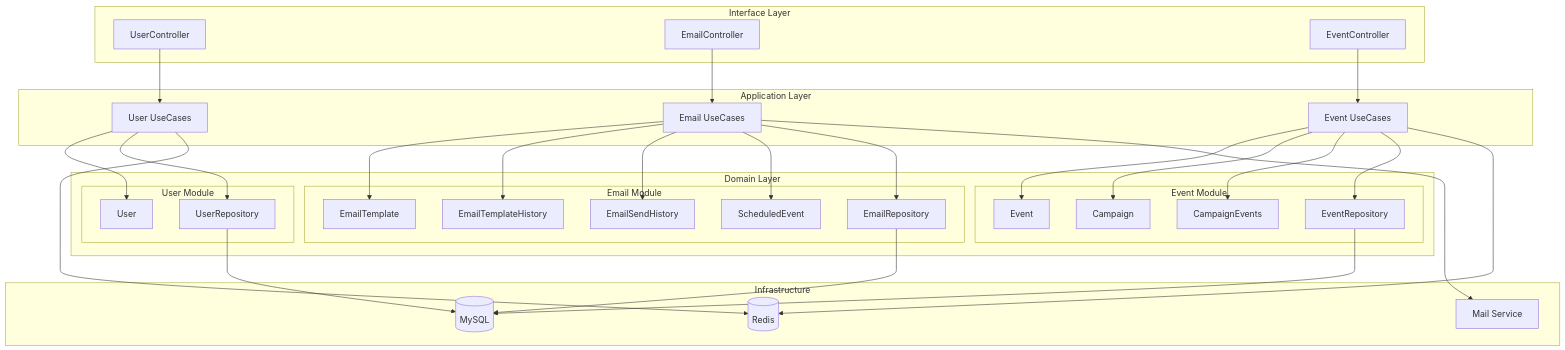
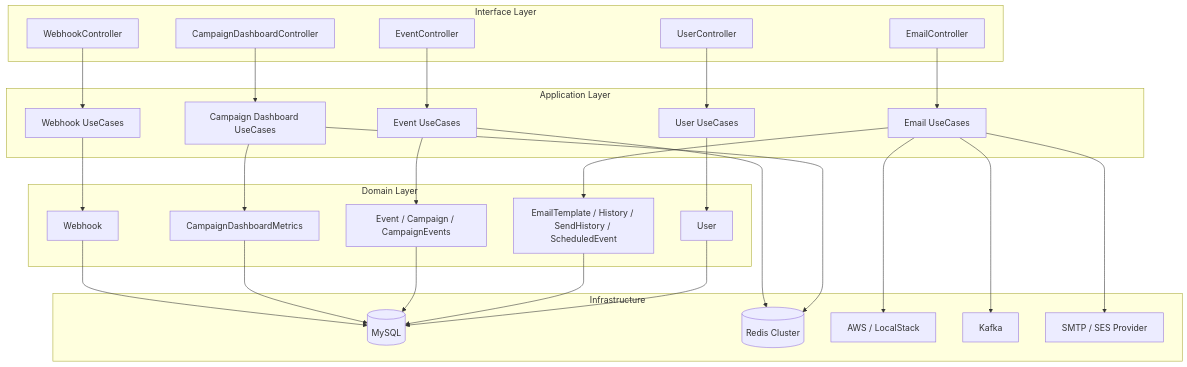
The first of 5 diagrams in docs/Domain-and-UseCase-Flows.md (belljun3395/crm-project), drawn with Mermaid before and after one commit. The commit also changed other lines of this file and 3 other files, not shown here.

````diff
--- a/docs/Domain-and-UseCase-Flows.md
+++ b/docs/Domain-and-UseCase-Flows.md
@@ -11,68 +30,58 @@
 ```mermaid
 graph TB
     subgraph "Interface Layer"
-        UC[UserController]
-        EC[EmailController]
-        EVC[EventController]
+        UC["UserController"]
+        EC["EmailController"]
+        EVC["EventController"]
+        CDC["CampaignDashboardController"]
+        WHC["WebhookController"]
     end
-    
+
     subgraph "Application Layer"
-        UUC[User UseCases]
-        EUC[Email UseCases]
-        EVUC[Event UseCases]
+        UUC["User UseCases"]
+        EUC["Email UseCases"]
+        EVUC["Event UseCases"]
+        CDUC["Campaign Dashboard UseCases"]
+        WHUC["Webhook UseCases"]
     end
-    
+
     subgraph "Domain Layer"
-        subgraph "User Module"
-            U[User]
-            UR[UserRepository]
-        end
-        
-        subgraph "Email Module"
-            ET[EmailTemplate]
-            ETH[EmailTemplateHistory]
-            ESH[EmailSendHistory]
-            SE[ScheduledEvent]
-            ER[EmailRepository]
-        end
-        
-        subgraph "Event Module"
-            E[Event]
-            C[Campaign]
-            CE[CampaignEvents]
-            EVR[EventRepository]
-        end
+        U["User"]
+        ET["EmailTemplate / History / SendHistory / ScheduledEvent"]
+        EV["Event / Campaign / CampaignEvents"]
+        CDM["CampaignDashboardMetrics"]
+        WH["Webhook"]
     end
-    
+
     subgraph "Infrastructure"
-        DB[(MySQL)]
-        REDIS[(Redis)]
-        MAIL[Mail Service]
+        MYSQL[("MySQL")]
+        REDIS[("Redis Cluster")]
+        AWS["AWS / LocalStack"]
+        KAFKA["Kafka"]
+        SMTP["SMTP / SES Provider"]
     end
-    
+
     UC --> UUC
     EC --> EUC
     EVC --> EVUC
-    
+    CDC --> CDUC
+    WHC --> WHUC
+
     UUC --> U
-    UUC --> UR
-    
     EUC --> ET
-    EUC --> ETH
-    EUC --> ESH
-    EUC --> SE
-    EUC --> ER
-    
-    EVUC --> E
-    EVUC --> C
-    EVUC --> CE
-    EVUC --> EVR
-    
-    UR --> DB
-    ER --> DB
-    EVR --> DB
-    
-    UUC --> REDIS
+    EVUC --> EV
+    CDUC --> CDM
+    WHUC --> WH
+
+    U --> MYSQL
+    ET --> MYSQL
+    EV --> MYSQL
+    CDM --> MYSQL
+    WH --> MYSQL
+
+    CDUC --> REDIS
     EVUC --> REDIS
-    EUC --> MAIL
+    EUC --> AWS
+    EUC --> SMTP
+    EUC --> KAFKA
 ```
````
